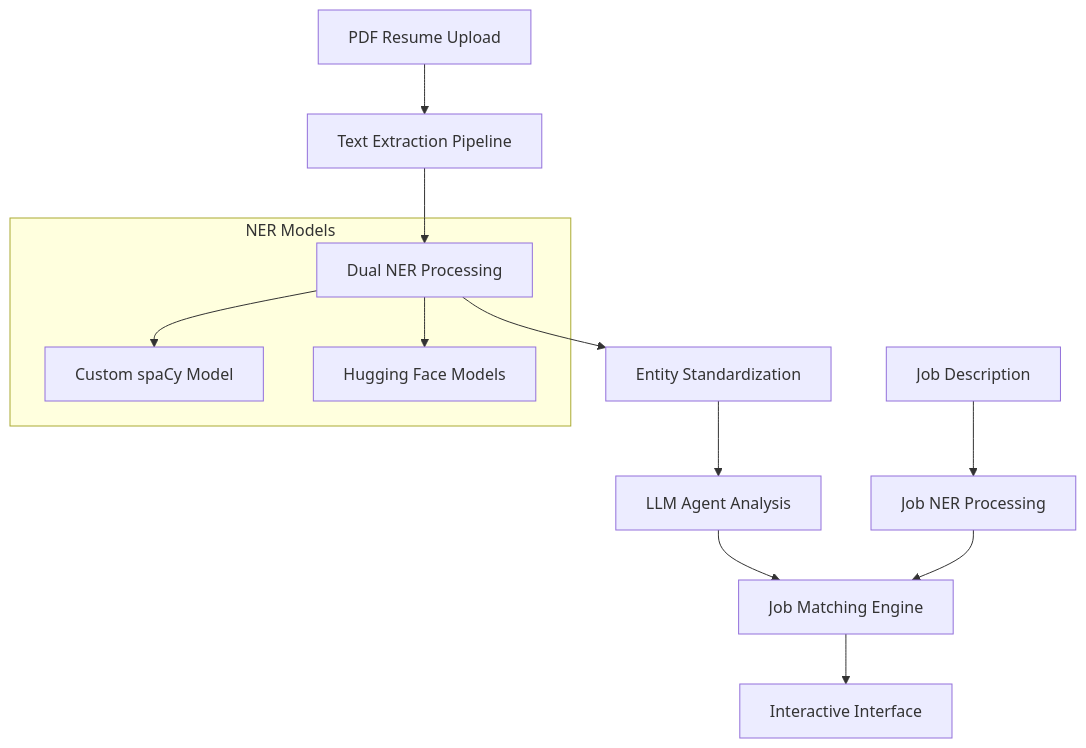
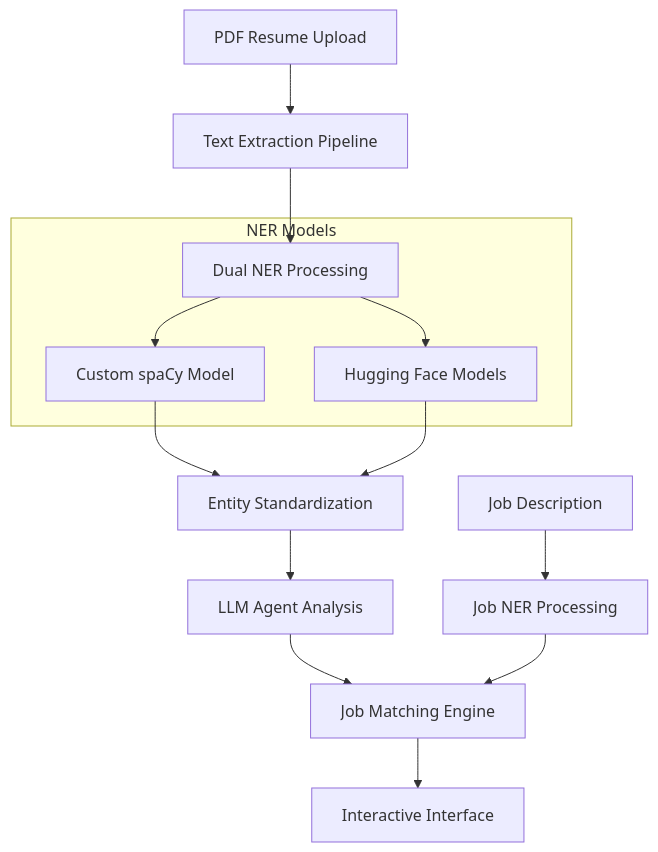
Before and after one commit to YassineBen-Yahia/Resume-assistant: the diagram in README.md, drawn with Mermaid. The commit also changed other lines of this file, not shown here.

````diff
--- a/README.md
+++ b/README.md
@@ -27,18 +27,20 @@
 ```mermaid
 graph TB
     A[PDF Resume Upload] --> B[Text Extraction Pipeline]
     B --> C[Dual NER Processing]
-    C --> D[Entity Standardization]
+    subgraph "NER Models"
+        C --> J[Custom spaCy Model]
+        C --> K[Hugging Face Models]
+    end
+
+    J --> D[Entity Standardization]
+    K --> D[Entity Standardization]
     D --> E[LLM Agent Analysis]
     E --> F[Job Matching Engine]
     F --> G[Interactive Interface]
     
     H[Job Description] --> I[Job NER Processing]
     I --> F
     
-    subgraph "NER Models"
-        C --> J[Custom spaCy Model]
-        C --> K[Hugging Face Models]
-    end
-    
+
 ```
````
